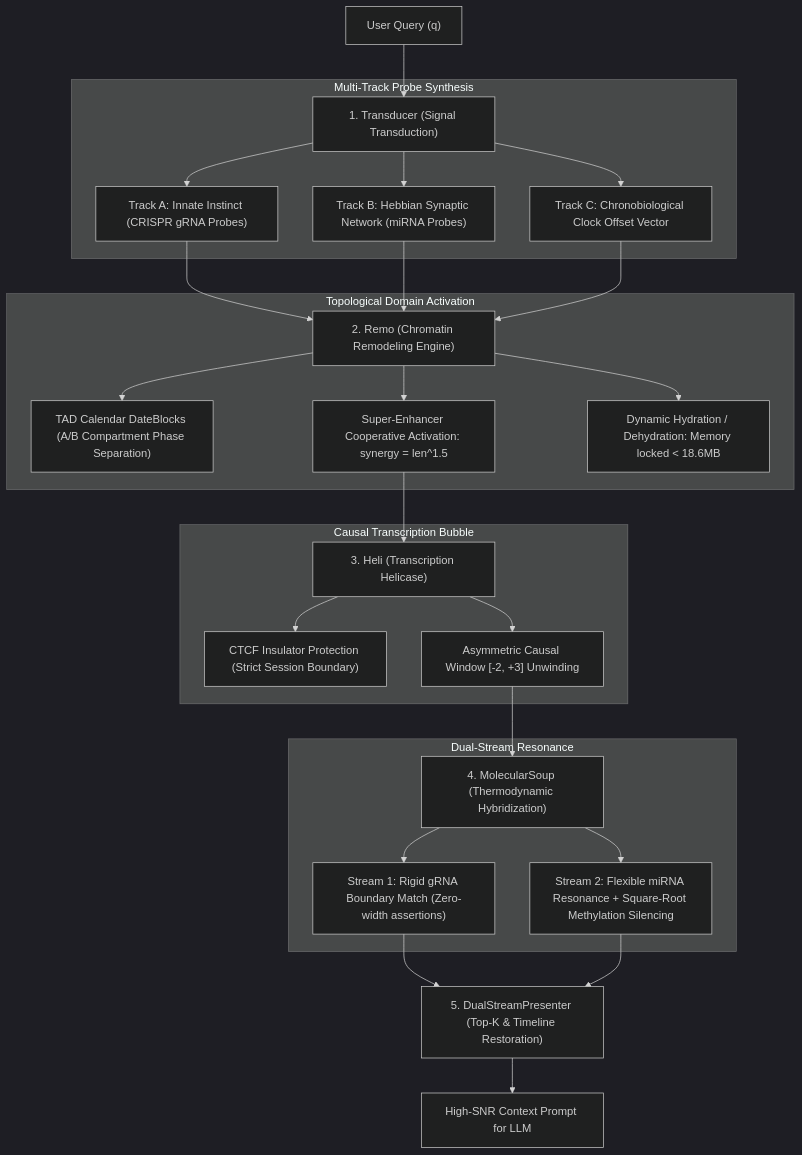
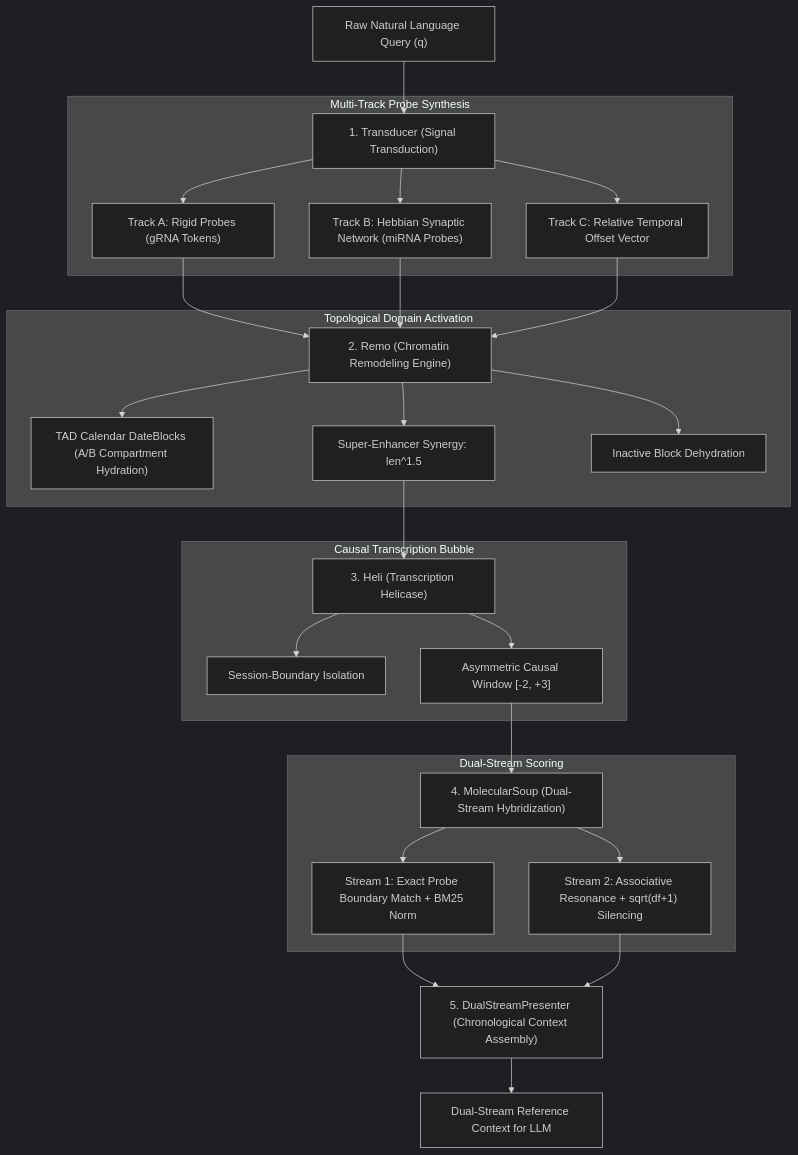
One commit to sherris-isalah-GUTS/funes changed the diagram in README.md. Above: the diagram before and after it, drawn with Mermaid (dark theme). The commit also changed other lines of this file and 7 other files, not shown here.

````diff
--- a/README.md
+++ b/README.md
@@ -56,35 +83,35 @@
 ```mermaid
 flowchart TD
-    Q["User Query (q)"] --> T["1. Transducer (Signal Transduction)"]
-    
+    Q["Raw Natural Language Query (q)"] --> T["1. Transducer (Signal Transduction)"]
+
     subgraph S1 ["Multi-Track Probe Synthesis"]
-        T --> T1["Track A: Innate Instinct (CRISPR gRNA Probes)"]
+        T --> T1["Track A: Rigid Probes (gRNA Tokens)"]
         T --> T2["Track B: Hebbian Synaptic Network (miRNA Probes)"]
-        T --> T3["Track C: Chronobiological Clock Offset Vector"]
+        T --> T3["Track C: Relative Temporal Offset Vector"]
     end
-    
+
     T1 & T2 & T3 --> R["2. Remo (Chromatin Remodeling Engine)"]
-    
+
     subgraph S2 ["Topological Domain Activation"]
-        R --> R1["TAD Calendar DateBlocks (A/B Compartment Phase Separation)"]
-        R --> R2["Super-Enhancer Cooperative Activation: synergy = len^1.5"]
-        R --> R3["Dynamic Hydration / Dehydration: Memory locked < 18.6MB"]
+        R --> R1["TAD Calendar DateBlocks (A/B Compartment Hydration)"]
+        R --> R2["Super-Enhancer Synergy: len^1.5"]
+        R --> R3["Inactive Block Dehydration"]
     end
-    
+
     R2 --> H["3. Heli (Transcription Helicase)"]
-    
+
     subgraph S3 ["Causal Transcription Bubble"]
-        H --> H1["CTCF Insulator Protection (Strict Session Boundary)"]
-        H --> H2["Asymmetric Causal Window [-2, +3] Unwinding"]
+        H --> H1["Session-Boundary Isolation"]
+        H --> H2["Asymmetric Causal Window [-2, +3]"]
     end
-    
-    H2 --> M["4. MolecularSoup (Thermodynamic Hybridization)"]
-    
-    subgraph S4 ["Dual-Stream Resonance"]
-        M --> M1["Stream 1: Rigid gRNA Boundary Match (Zero-width assertions)"]
-        M --> M2["Stream 2: Flexible miRNA Resonance + Square-Root Methylation Silencing"]
+
+    H2 --> M["4. MolecularSoup (Dual-Stream Hybridization)"]
+
+    subgraph S4 ["Dual-Stream Scoring"]
+        M --> M1["Stream 1: Exact Probe Boundary Match + BM25 Norm"]
+        M --> M2["Stream 2: Associative Resonance + sqrt(df+1) Silencing"]
     end
-    
-    M1 & M2 --> P["5. DualStreamPresenter (Top-K & Timeline Restoration)"]
-    P --> Out["High-SNR Context Prompt for LLM"]
+
+    M1 & M2 --> P["5. DualStreamPresenter (Chronological Context Assembly)"]
+    P --> Out["Dual-Stream Reference Context for LLM"]
 ```
````
